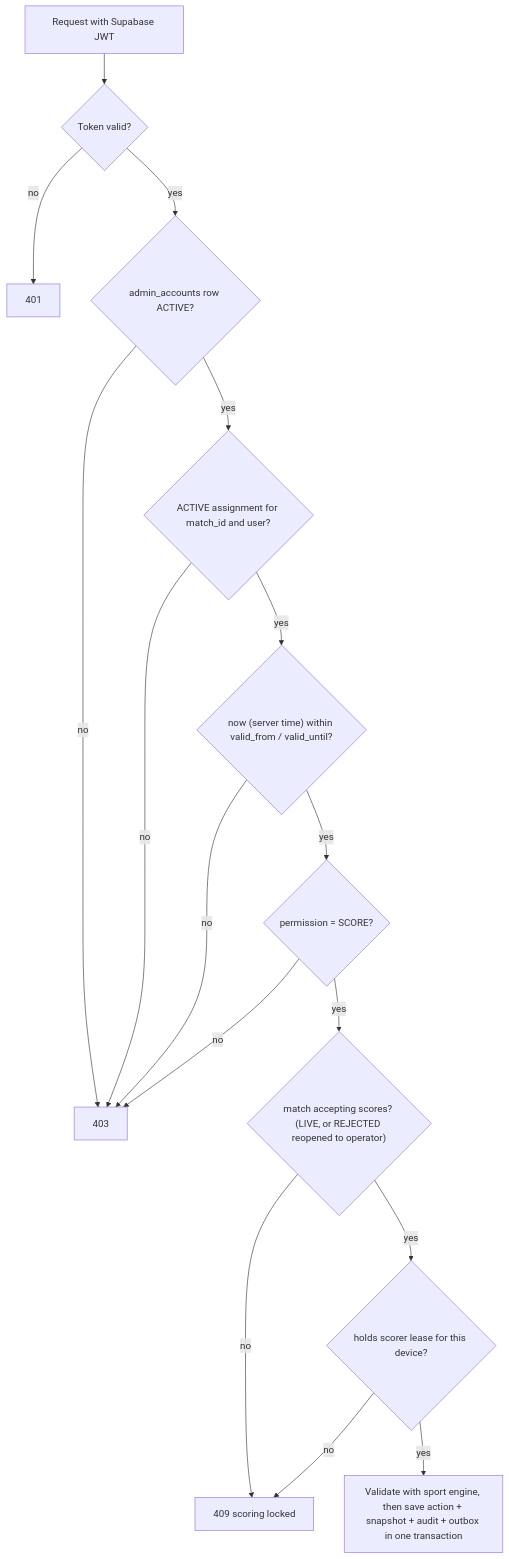
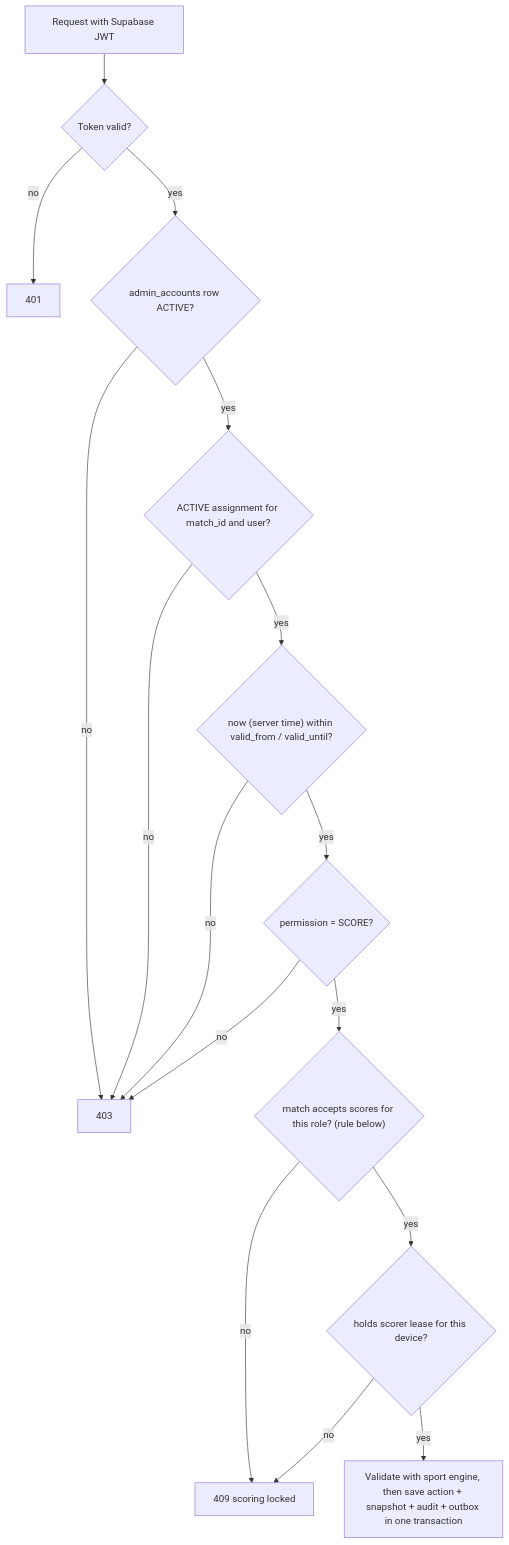
The first of 2 diagrams in doc/architecture.md (campuscores/campuscores), drawn with Mermaid before and after one commit. The commit also changed other lines of this file and 9 other files, not shown here.

````diff
--- a/doc/architecture.md
+++ b/doc/architecture.md
@@ -128,18 +140,18 @@
 ```mermaid
 flowchart TD
   A[Request with Supabase JWT] --> B{Token valid?}
   B -- no --> X401[401]
   B -- yes --> C{admin_accounts row ACTIVE?}
   C -- no --> X403[403]
   C -- yes --> D{ACTIVE assignment for match_id and user?}
   D -- no --> X403
   D -- yes --> E{"now (server time) within valid_from / valid_until?"}
   E -- no --> X403
   E -- yes --> F{permission = SCORE?}
   F -- no --> X403
-  F -- yes --> G{"match accepting scores? (LIVE, or REJECTED reopened to operator)"}
+  F -- yes --> G{"match accepts scores for this role? (rule below)"}
   G -- no --> X409[409 scoring locked]
   G -- yes --> H{holds scorer lease for this device?}
   H -- no --> X409
   H -- yes --> I[Validate with sport engine, then save action + snapshot + audit + outbox in one transaction]
 ```
````
